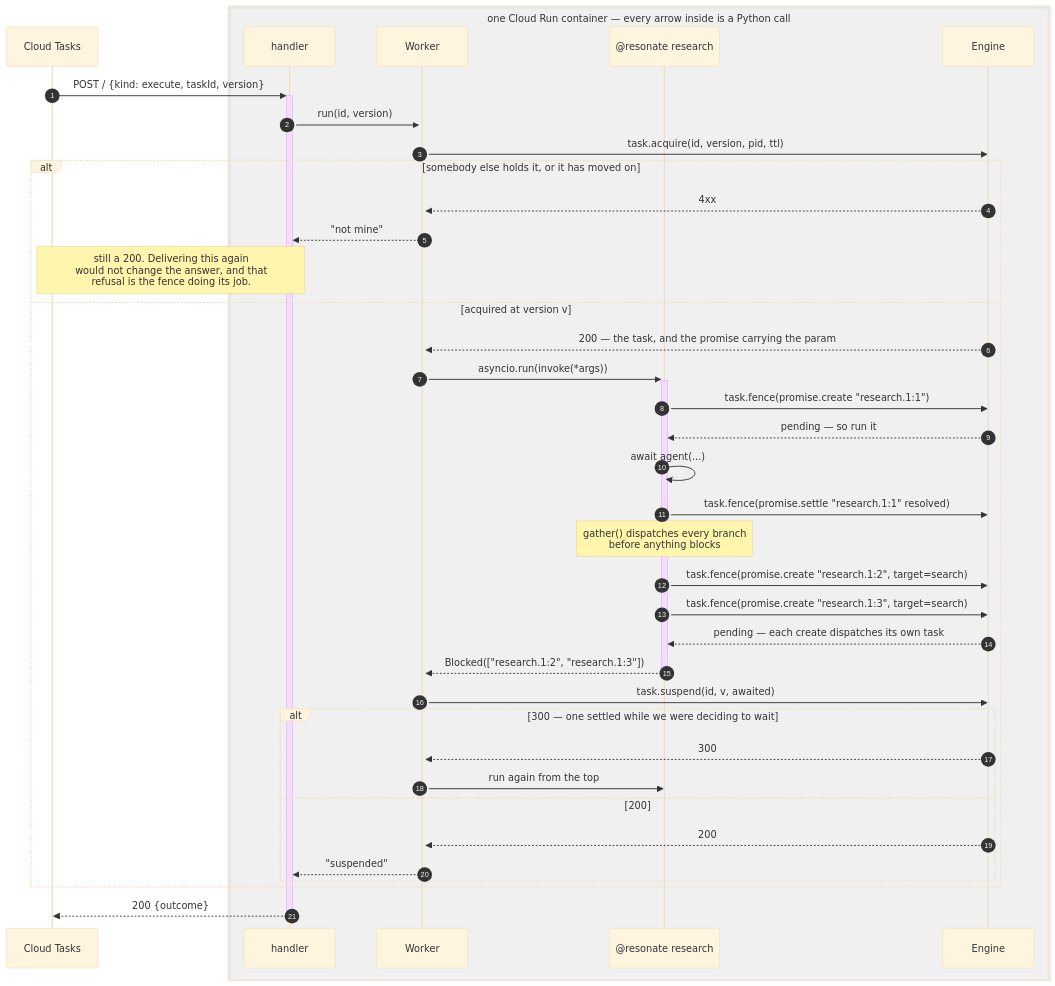
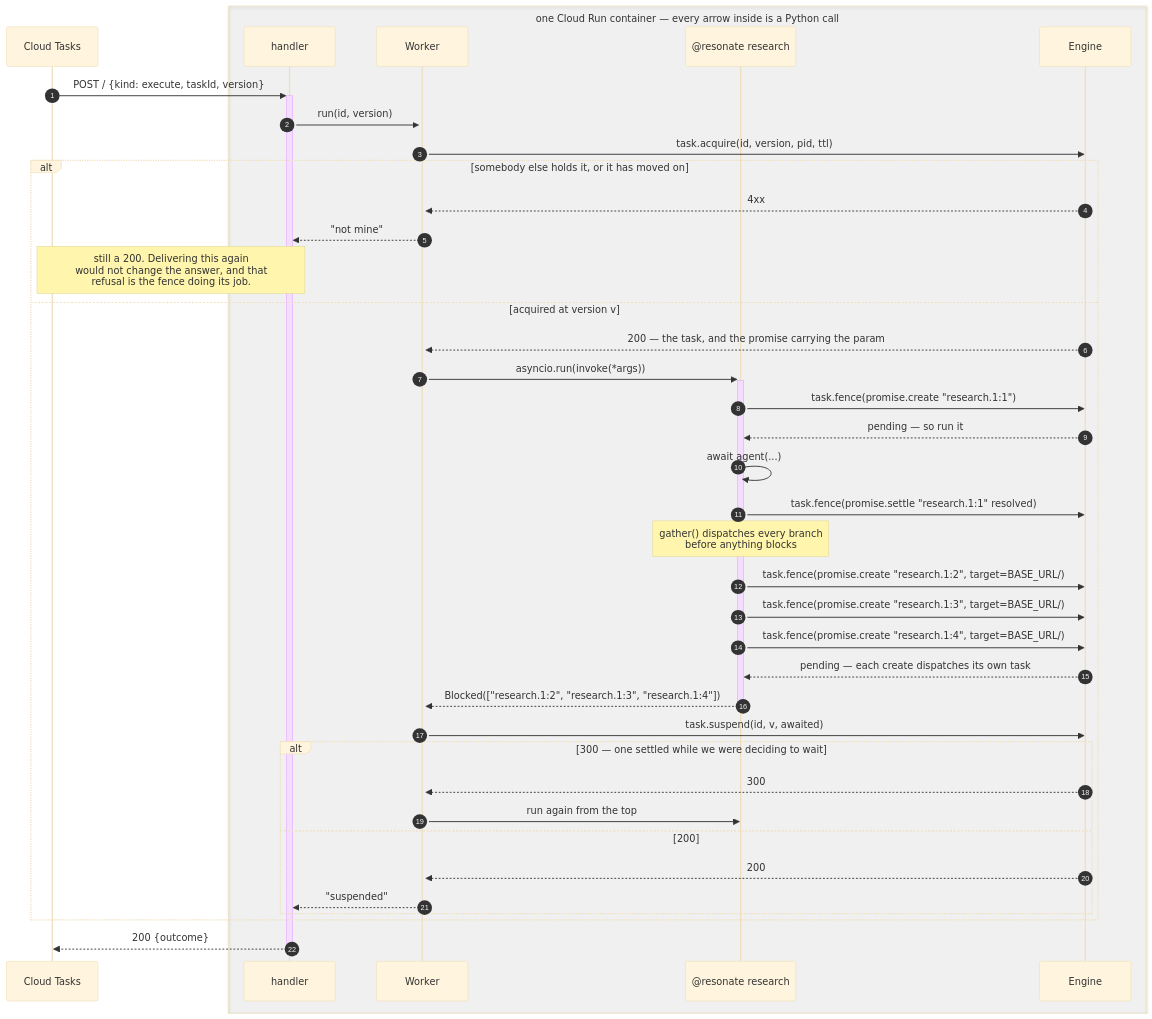
One commit to resonatehq/durable-execution changed the fourth of 6 diagrams in code/final/SEQUENCE.md. Above: the diagram before and after it, drawn with Mermaid (base theme). The commit also changed other lines of this file and 8 other files, not shown here.

First line of the commit message:
Bring ARCHITECTURE, SEQUENCE, examples and live scripts up to date

````diff
--- a/code/final/SEQUENCE.md
+++ b/code/final/SEQUENCE.md
@@ -149,46 +149,47 @@
 ```mermaid
 sequenceDiagram
     autonumber
     participant Q as Cloud Tasks
     box rgba(128,128,128,0.08) one Cloud Run container — every arrow inside is a Python call
         participant H as handler
         participant W as Worker
         participant Fn as @resonate research
         participant E as Engine
     end
 
     Q->>+H: POST / {kind: execute, taskId, version}
     H->>+W: run(id, version)
     W->>E: task.acquire(id, version, pid, ttl)
 
     alt somebody else holds it, or it has moved on
         E-->>W: 4xx
         W-->>H: "not mine"
         Note over H,Q: still a 200. Delivering this again<br/>would not change the answer, and that<br/>refusal is the fence doing its job.
     else acquired at version v
         E-->>W: 200 — the task, and the promise carrying the param
         W->>+Fn: asyncio.run(invoke(*args))
 
         Fn->>E: task.fence(promise.create "research.1:1")
         E-->>Fn: pending — so run it
         Fn->>Fn: await agent(...)
         Fn->>E: task.fence(promise.settle "research.1:1" resolved)
 
         Note over Fn: gather() dispatches every branch<br/>before anything blocks
-        Fn->>E: task.fence(promise.create "research.1:2", target=search)
-        Fn->>E: task.fence(promise.create "research.1:3", target=search)
+        Fn->>E: task.fence(promise.create "research.1:2", target=BASE_URL/)
+        Fn->>E: task.fence(promise.create "research.1:3", target=BASE_URL/)
+        Fn->>E: task.fence(promise.create "research.1:4", target=BASE_URL/)
         E-->>Fn: pending — each create dispatches its own task
-        Fn-->>-W: Blocked(["research.1:2", "research.1:3"])
+        Fn-->>-W: Blocked(["research.1:2", "research.1:3", "research.1:4"])
 
         W->>E: task.suspend(id, v, awaited)
         alt 300 — one settled while we were deciding to wait
             E-->>W: 300
             W->>Fn: run again from the top
         else 200
             E-->>W: 200
             W-->>H: "suspended"
         end
     end
 
     H-->>-Q: 200 {outcome}
 ```
````
